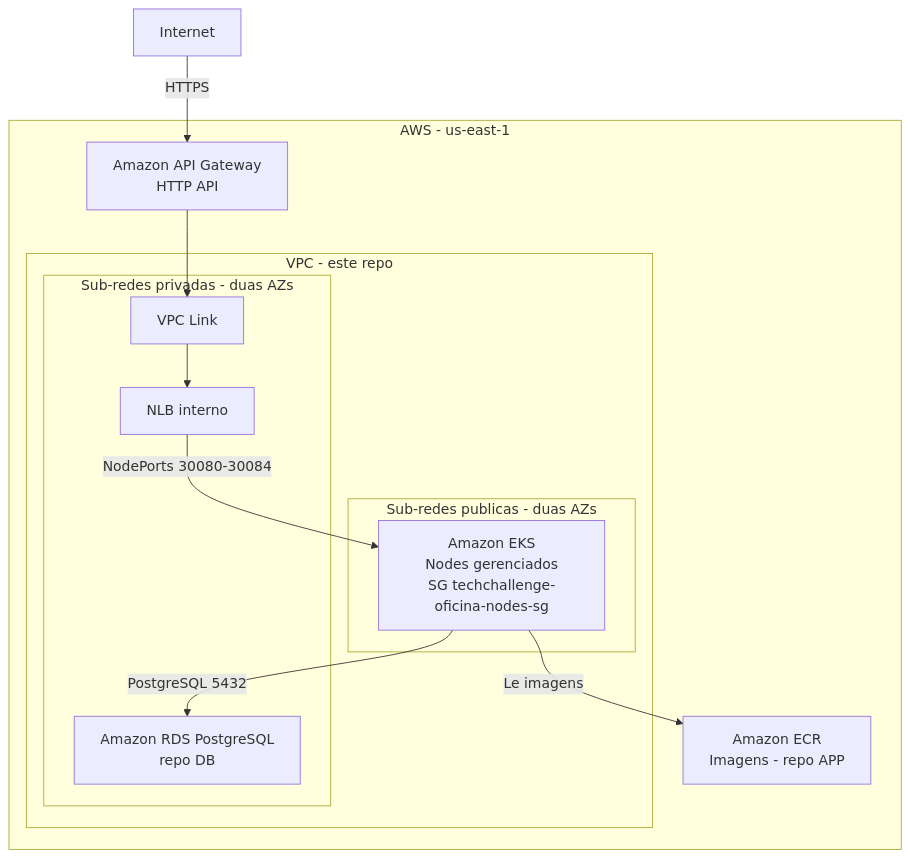
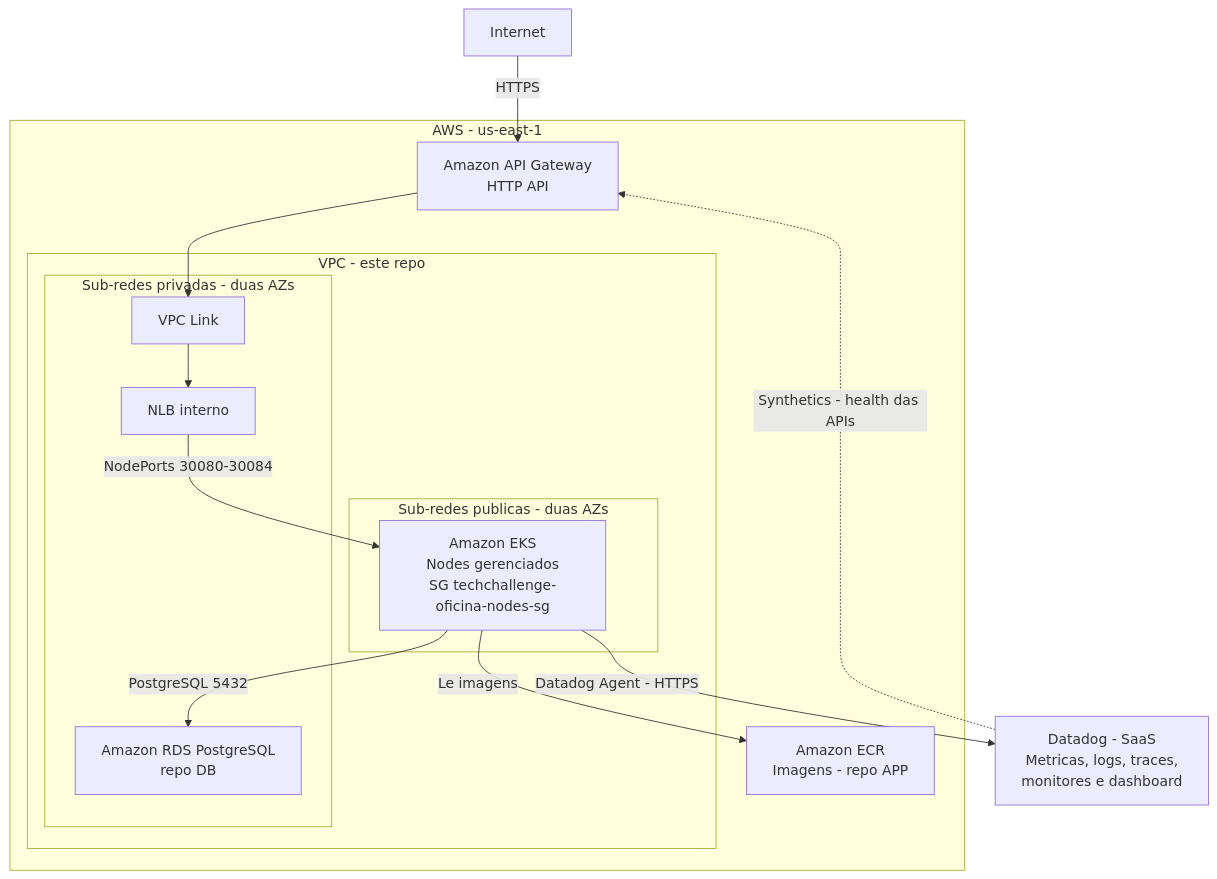
Before and after one commit to GuiToniello/tech-challenge-fase-3-K8S-soat16-rm374658: the diagram in README.md, drawn with Mermaid. The commit also changed other lines of this file and 39 other files, not shown here.

````diff
--- a/README.md
+++ b/README.md
@@ -21,28 +21,31 @@
 ```mermaid
 flowchart TD
   Internet[Internet]
+  Datadog[Datadog - SaaS\nMetricas, logs, traces,\nmonitores e dashboard]
 
   subgraph AWS[AWS - us-east-1]
     APIGW[Amazon API Gateway\nHTTP API]
     ECR[Amazon ECR\nImagens - repo APP]
 
     subgraph VPC[VPC - este repo]
       subgraph PublicSubnets[Sub-redes publicas - duas AZs]
         EKS[Amazon EKS\nNodes gerenciados\nSG techchallenge-oficina-nodes-sg]
       end
 
       subgraph PrivateSubnets[Sub-redes privadas - duas AZs]
         VPCLink[VPC Link]
         NLB[NLB interno]
         RDS[Amazon RDS PostgreSQL\nrepo DB]
       end
     end
   end
 
   Internet -->|HTTPS| APIGW
   APIGW --> VPCLink
   VPCLink --> NLB
   NLB -->|NodePorts 30080-30084| EKS
   EKS -->|Le imagens| ECR
   EKS -->|PostgreSQL 5432| RDS
+  EKS -->|Datadog Agent - HTTPS| Datadog
+  Datadog -.->|Synthetics - health das APIs| APIGW
 ```
````
